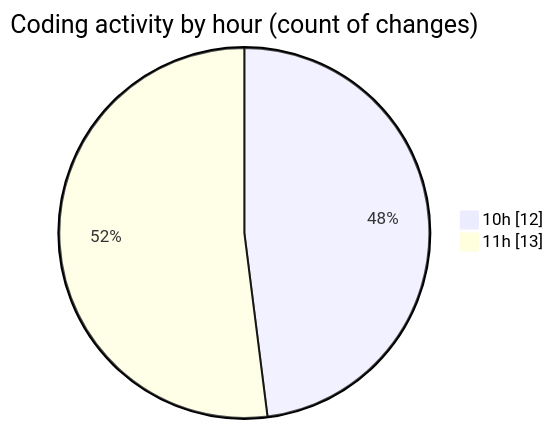
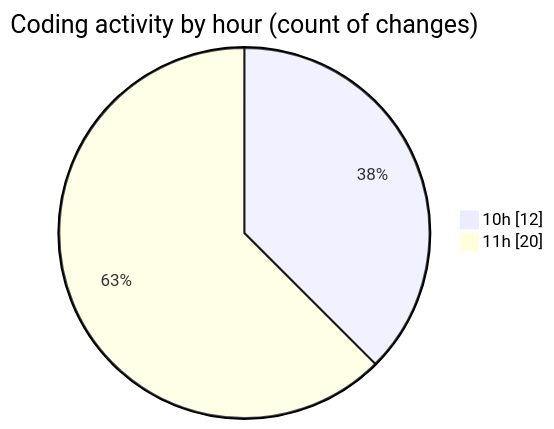
The second of 2 diagrams in 2025-06-20/nxtqube_webapp/README.md (nxtqubesakshisongat/code-tracking), drawn with Mermaid before and after one commit. The commit also changed other lines of this file and 1 other file, not shown here.

````diff
--- a/2025-06-20/nxtqube_webapp/README.md
+++ b/2025-06-20/nxtqube_webapp/README.md
@@ -32,6 +32,6 @@
 ```mermaid
 pie showData
 title Coding activity by hour (count of changes)
 "10h" : 12
-"11h" : 13
+"11h" : 20
 ```
````
